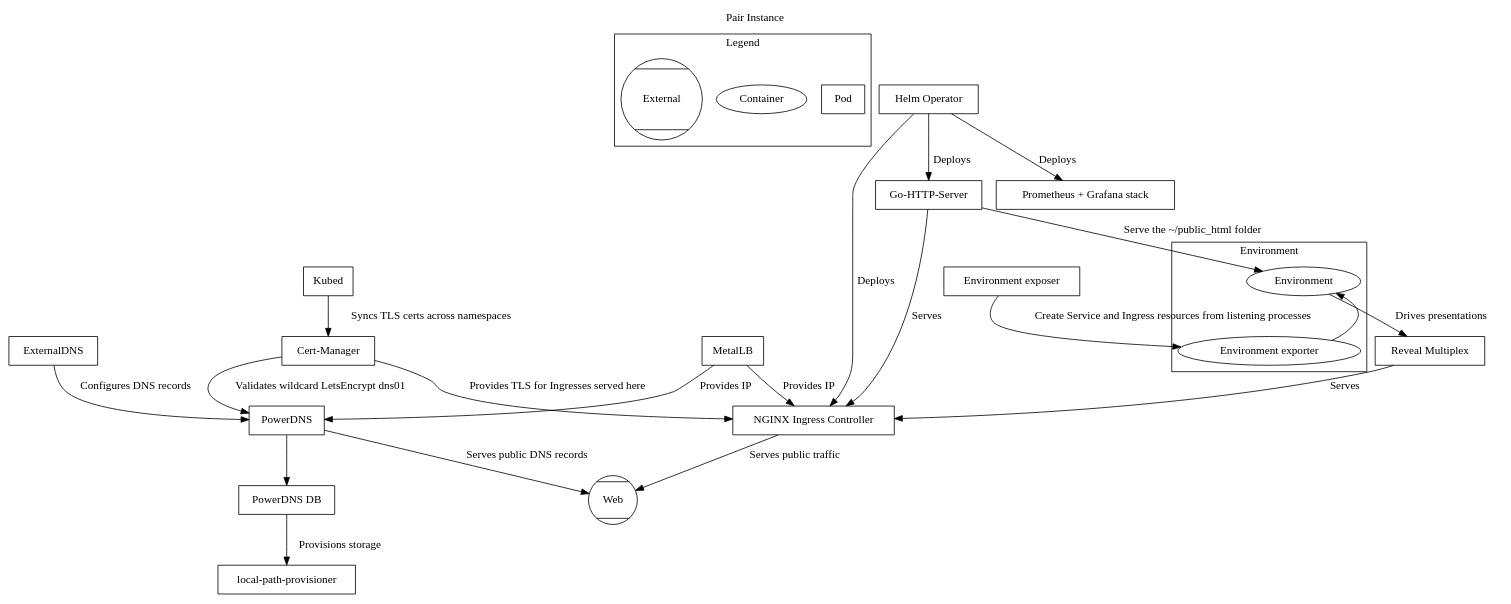
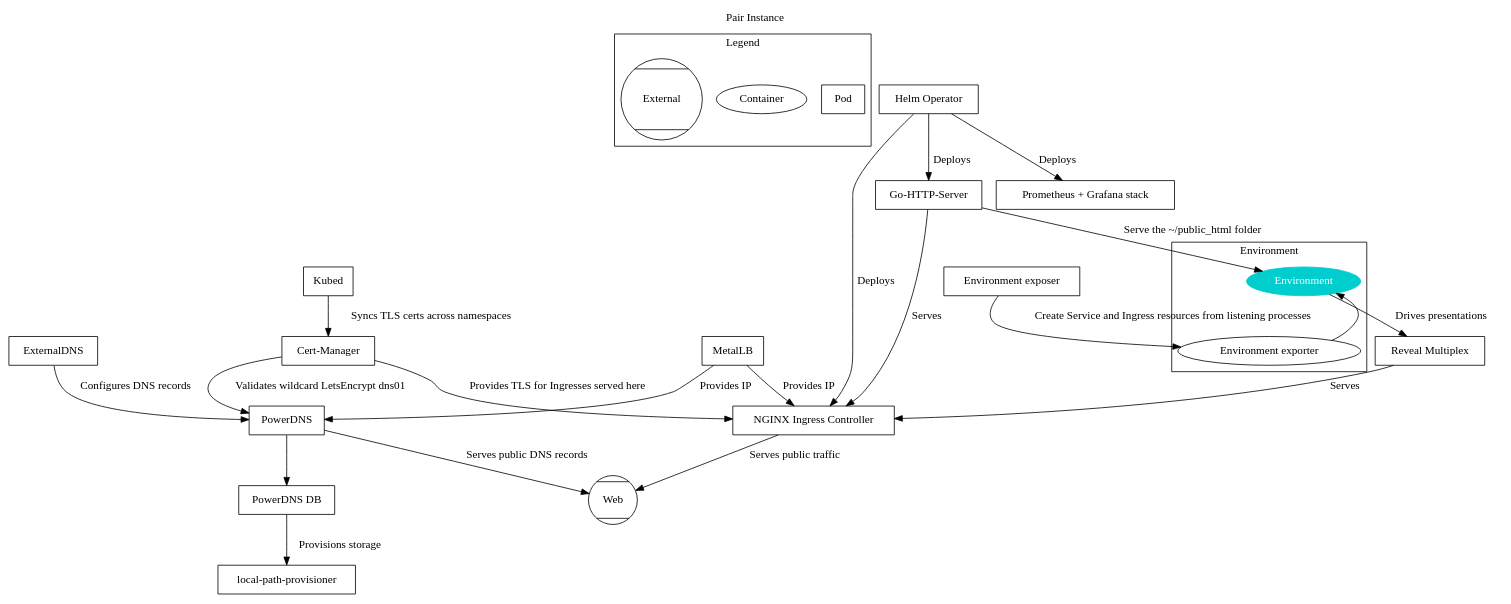
One commit to sharingio/.sharing.io changed the first of 2 diagrams in README.org. Above: the diagram before and after it, drawn with Graphviz. The commit also changed 1 other file, not shown here.

Commit message:
Update environment colours

```diff
--- a/README.org
+++ b/README.org
@@ -57,57 +57,57 @@
 #+begin_src dot :file ./pair-instance.svg
 digraph PairInstance {
     label="Pair Instance"
     labelloc="t"
     graph[compound=true]
 
     subgraph cluster0 {
       label="Legend"
       Pod [shape=rectangle]
       Container [shape=ellipse]
       External [shape=Mcircle]
     }
 
     subgraph cluster1 {
       label="Environment"
-      Environment [label="Environment" shape=ellipse]
+      Environment [label="Environment" shape=ellipse color=cyan3 fontcolor=white style=filled]
       EnvironmentExporter [label="Environment exporter" shape=ellipse]
       Environment -> EnvironmentExporter [dir=back]
     }
 
     EnvironmentExposer [label="Environment exposer" shape=rectangle]
     PowerDNS [label="PowerDNS" shape=rectangle]
     PowerDNSDB [label="PowerDNS DB" shape=rectangle]
     ExternalDNS [label="ExternalDNS" shape=rectangle]
     CertManager [label="Cert-Manager" shape=rectangle]
     NginxIngressController [label="NGINX Ingress Controller" shape=rectangle]
     GoHttpServer [label="Go-HTTP-Server" shape=rectangle]
     HelmOperator [label="Helm Operator" shape=rectangle]
     LocalPathProvisioner [label="local-path-provisioner" shape=rectangle]
     RevealMultiplex [label="Reveal Multiplex" shape=rectangle]
     KubePrometheus [label="Prometheus + Grafana stack" shape=rectangle]
     MetalLB [label="MetalLB" shape=rectangle]
     Kubed [label="Kubed" shape=rectangle]
 
     Web [label="Web" shape=Mcircle]
 
     EnvironmentExposer -> EnvironmentExporter [label="Create Service and Ingress resources from listening processes"]
     GoHttpServer -> Environment [label="Serve the ~/public_html folder"]
     MetalLB -> PowerDNS [label="Provides IP"]
     PowerDNS -> PowerDNSDB
     ExternalDNS -> PowerDNS [label="Configures DNS records"]
     CertManager -> PowerDNS [label="Validates wildcard LetsEncrypt dns01"]
     MetalLB -> NginxIngressController [label="Provides IP"]
     GoHttpServer -> NginxIngressController [label="Serves"]
     RevealMultiplex -> NginxIngressController [label="Serves"]
     CertManager -> NginxIngressController [label="Provides TLS for Ingresses served here"]
     HelmOperator -> NginxIngressController [label="Deploys"]
     HelmOperator -> KubePrometheus [label="Deploys"]
     HelmOperator -> GoHttpServer [label="Deploys"]
     PowerDNSDB -> LocalPathProvisioner [label="Provisions storage"]
     Environment -> RevealMultiplex [label="Drives presentations"]
     Kubed -> CertManager [label="Syncs TLS certs across namespaces"]
 
     PowerDNS -> Web [label="Serves public DNS records"]
     NginxIngressController -> Web [label="Serves public traffic"]
 }
 #+end_src
```
